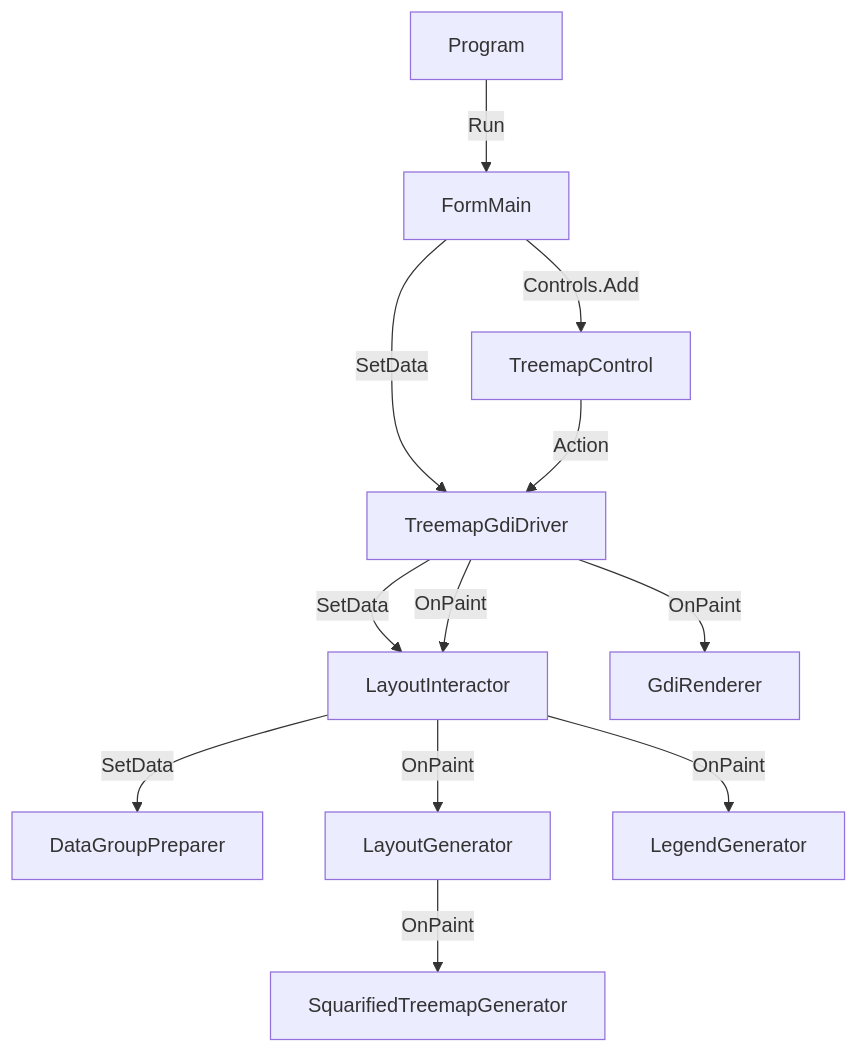
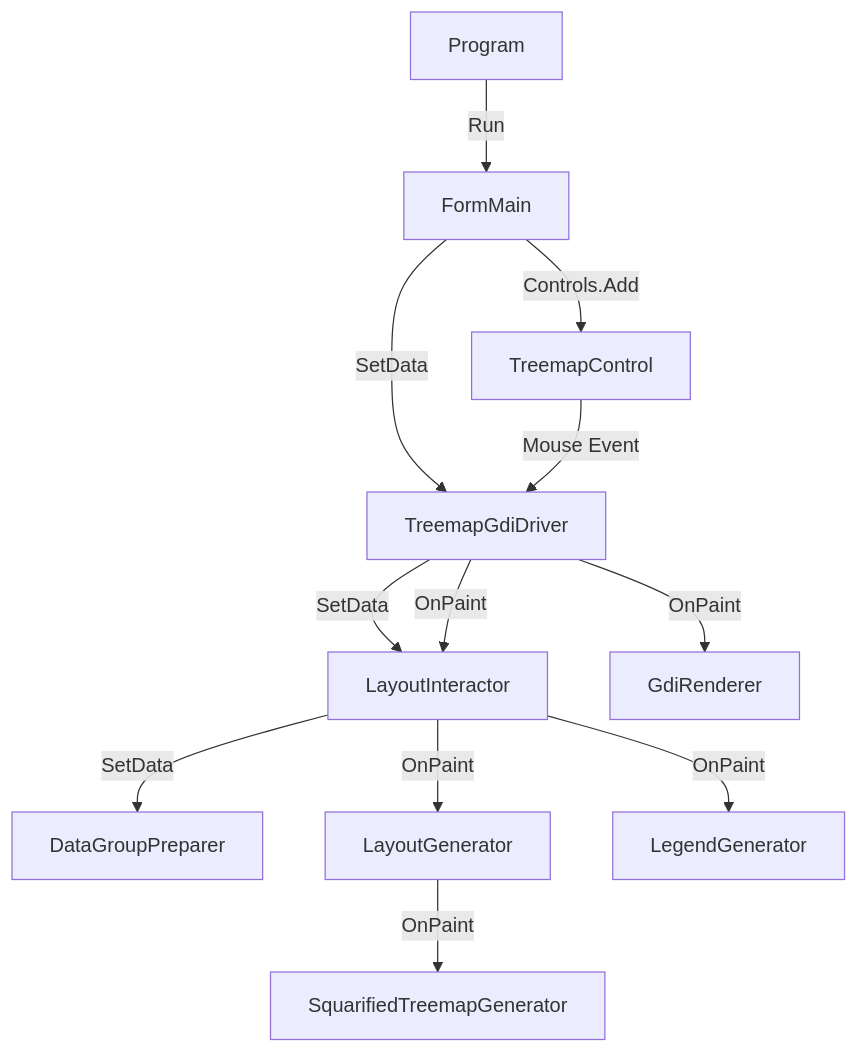
Before and after one commit to panda728/SquarifiedTreemapLayers: the first of 2 diagrams in README.md, drawn with Mermaid.

````diff
--- a/README.md
+++ b/README.md
@@ -33,14 +33,14 @@
 ```mermaid
 graph TD 
 A[Program] -->|Run| B[FormMain] 
 B -->|Controls.Add| C[TreemapControl] 
 B -->|SetData| D[TreemapGdiDriver<T>]
 D -->|SetData| E[LayoutInteractor<T>] 
 E -->|SetData| F[DataGroupPreparer<T>] 
 D -->|OnPaint| E
 E -->|OnPaint| G[LayoutGenerator<T>] 
 G -->|OnPaint| H[SquarifiedTreemapGenerator] 
 E -->|OnPaint| I[LegendGenerator]
-C --> |Action| D
+C --> |Mouse Event| D
 D -->|OnPaint| J[GdiRenderer] 
 ```
````
